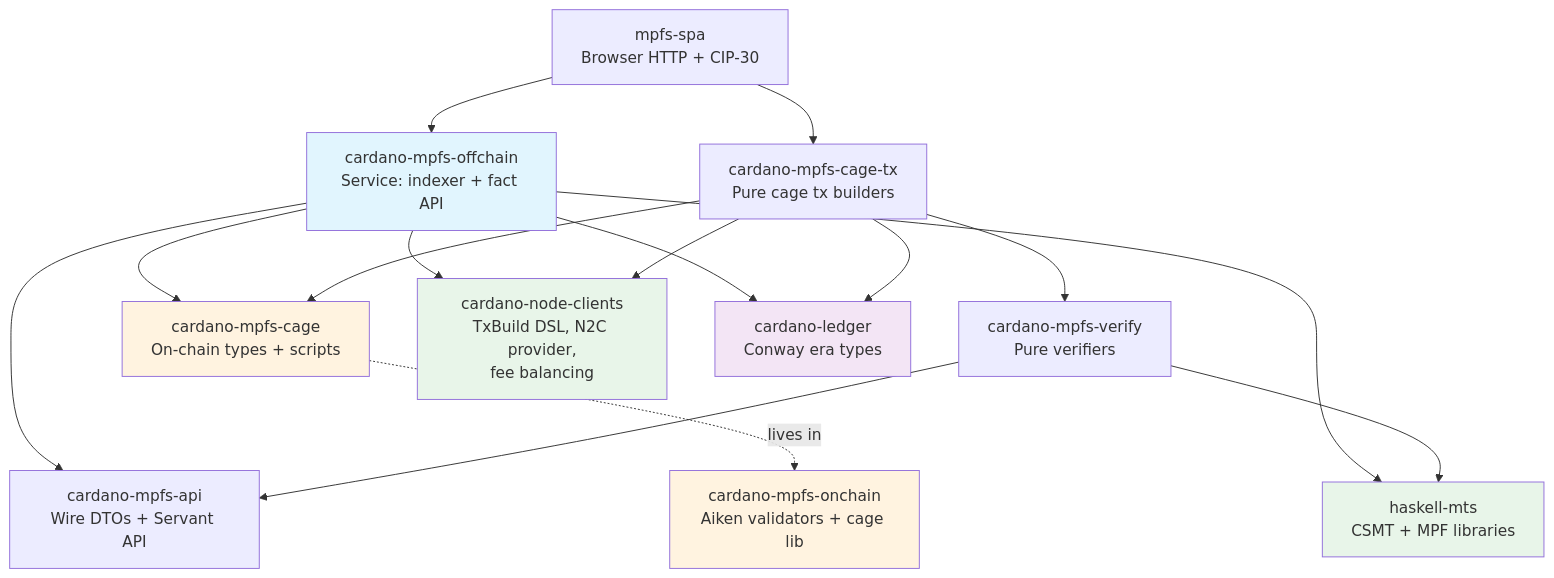
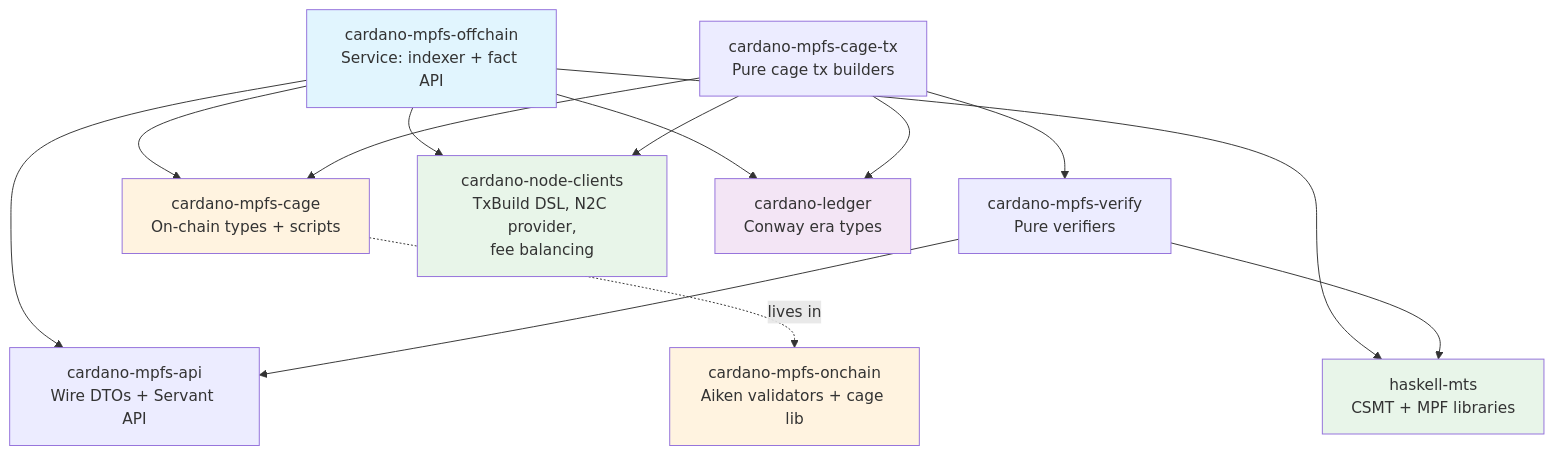
Before and after one commit to lambdasistemi/cardano-mpfs-offchain: the fourth of 5 diagrams in docs/architecture/overview.md, drawn with Mermaid. The commit also changed other lines of this file and 50 other files, not shown here.

First line of the commit message:
chore(spa): retire legacy mpfs spa

````diff
--- a/docs/architecture/overview.md
+++ b/docs/architecture/overview.md
@@ -155,35 +155,32 @@
 ```mermaid
 graph TD
     OFFCHAIN["cardano-mpfs-offchain<br/>Service: indexer + fact API"]
     API["cardano-mpfs-api<br/>Wire DTOs + Servant API"]
     VERIFY["cardano-mpfs-verify<br/>Pure verifiers"]
     CAGETX["cardano-mpfs-cage-tx<br/>Pure cage tx builders"]
-    SPA["mpfs-spa<br/>Browser HTTP + CIP-30"]
     CAGE["cardano-mpfs-cage<br/>On-chain types + scripts"]
     CLIENTS["cardano-node-clients<br/>TxBuild DSL, N2C provider,<br/>fee balancing"]
     MTS["haskell-mts<br/>CSMT + MPF libraries"]
     ONCHAIN["cardano-mpfs-onchain<br/>Aiken validators + cage lib"]
     LEDGER["cardano-ledger<br/>Conway era types"]
 
     OFFCHAIN --> API
     VERIFY --> API
     CAGETX --> VERIFY
-    SPA --> OFFCHAIN
-    SPA --> CAGETX
     OFFCHAIN --> CAGE
     CAGETX --> CAGE
     OFFCHAIN --> CLIENTS
     CAGETX --> CLIENTS
     OFFCHAIN --> MTS
     VERIFY --> MTS
     OFFCHAIN --> LEDGER
     CAGETX --> LEDGER
     CAGE -.->|"lives in"| ONCHAIN
 
     style OFFCHAIN fill:#e1f5fe
     style CAGE fill:#fff3e0
     style CLIENTS fill:#e8f5e9
     style MTS fill:#e8f5e9
     style ONCHAIN fill:#fff3e0
     style LEDGER fill:#f3e5f5
 ```
````
